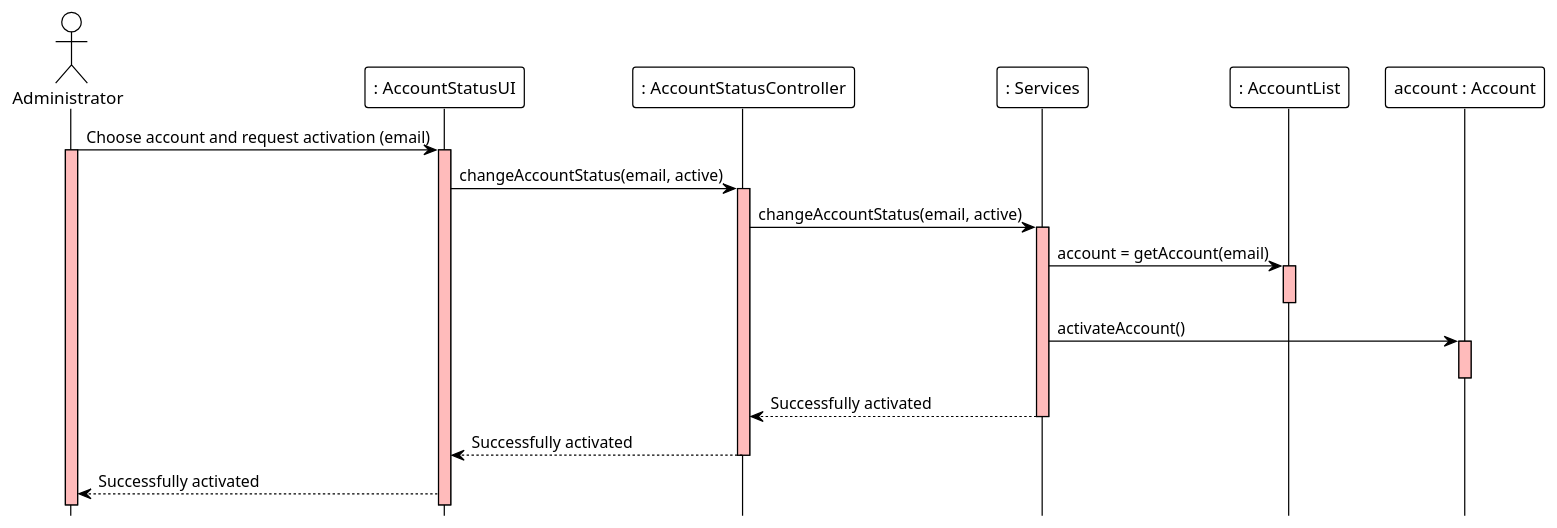
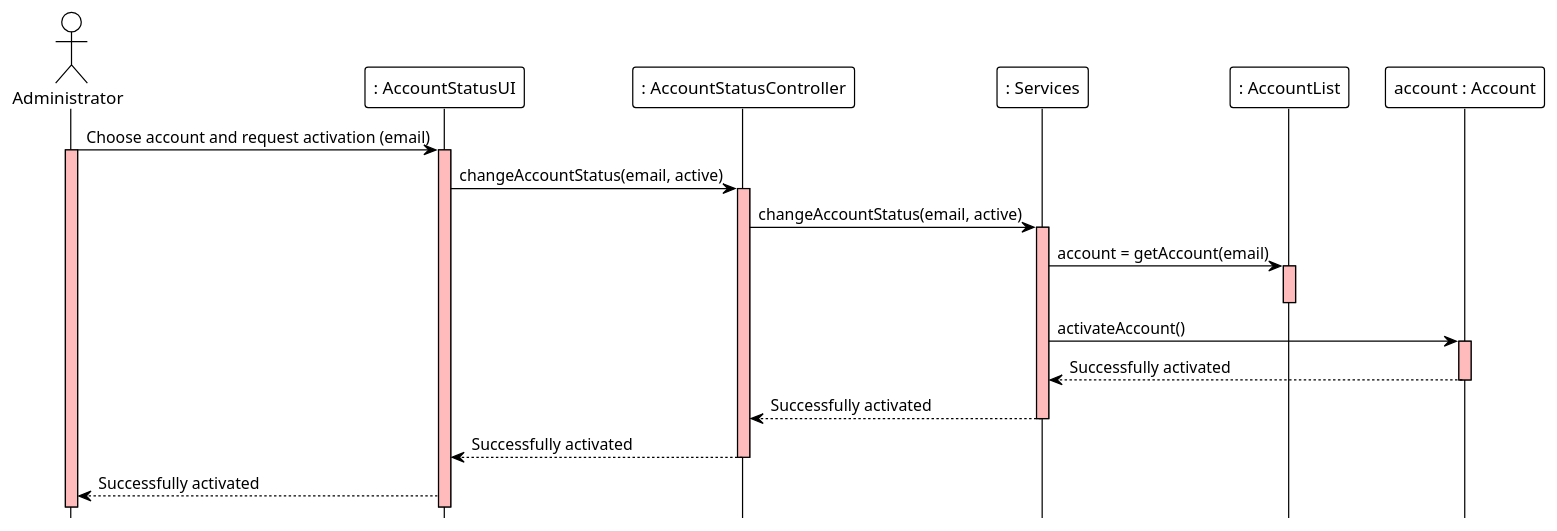
The diagram in docs/modelling_design/user_stories/us006/US006_ActivateUserAccountSD.puml (ivo-menezes/project_g3), drawn with PlantUML before and after one commit.

Commit message:
US006: Design: updated ActivateUserAccountSD

```diff
--- a/docs/modelling_design/user_stories/us006/US006_ActivateUserAccountSD.puml
+++ b/docs/modelling_design/user_stories/us006/US006_ActivateUserAccountSD.puml
@@ -1,30 +1,31 @@
 @startuml
 !theme plain
 hide footbox
 actor Administrator  as Administrator #white
 participant ": AccountStatusUI" as UI #white
 participant ": AccountStatusController" as Controller #white
 participant ": Services" as Services #white
 participant ": AccountList" as AccountList #white
 participant "account : Account" as Account #white
 
 'Administrator ->  Controller : 1.Choose account and request activation
 Administrator ->  UI : Choose account and request activation (email)
 activate UI #FFBBBB
 activate Administrator #FFBBBB
 UI -> Controller: changeAccountStatus(email, active)
 activate Controller #FFBBBB
 Controller -> Services : changeAccountStatus(email, active)
 activate Services #FFBBBB
 Services -> AccountList: account = getAccount(email)
 activate AccountList #FFBBBB
 deactivate AccountList
 Services -> Account: activateAccount()
 activate Account #FFBBBB
+Account --> Services : Successfully activated
 deactivate Account
 Services --> Controller : Successfully activated
 deactivate Services
 Controller --> UI : Successfully activated
 deactivate Controller
 UI --> Administrator: Successfully activated
 @enduml
```
